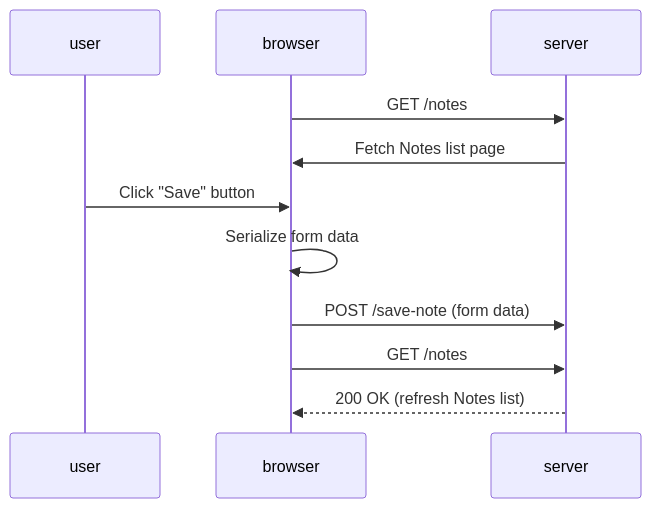
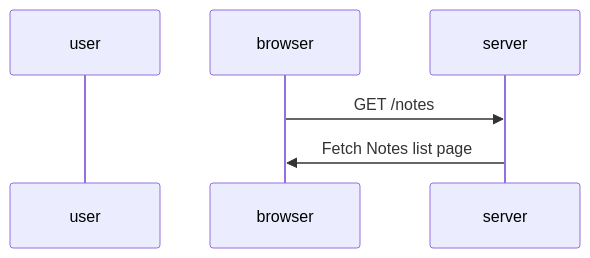
Before and after one commit to raihanadf/fsopen-submission: the diagram in part0/0.5-new-note-spa-diagram.md, drawn with Mermaid.

Commit message:
part0: simplify 0.5 spa diagram

````diff
--- a/part0/0.5-new-note-spa-diagram.md
+++ b/part0/0.5-new-note-spa-diagram.md
@@ -1,16 +1,9 @@
 ```mermaid
 sequenceDiagram
     participant user
     participant browser
     participant server
 
     browser->>server: GET /notes
     server->>browser: Fetch Notes list page
-
-    user->>browser: Click "Save" button
-    browser->>browser: Serialize form data
-    browser->>server: POST /save-note (form data)
-
-    browser->>server: GET /notes
-    server-->>browser: 200 OK (refresh Notes list)
 ```
````
